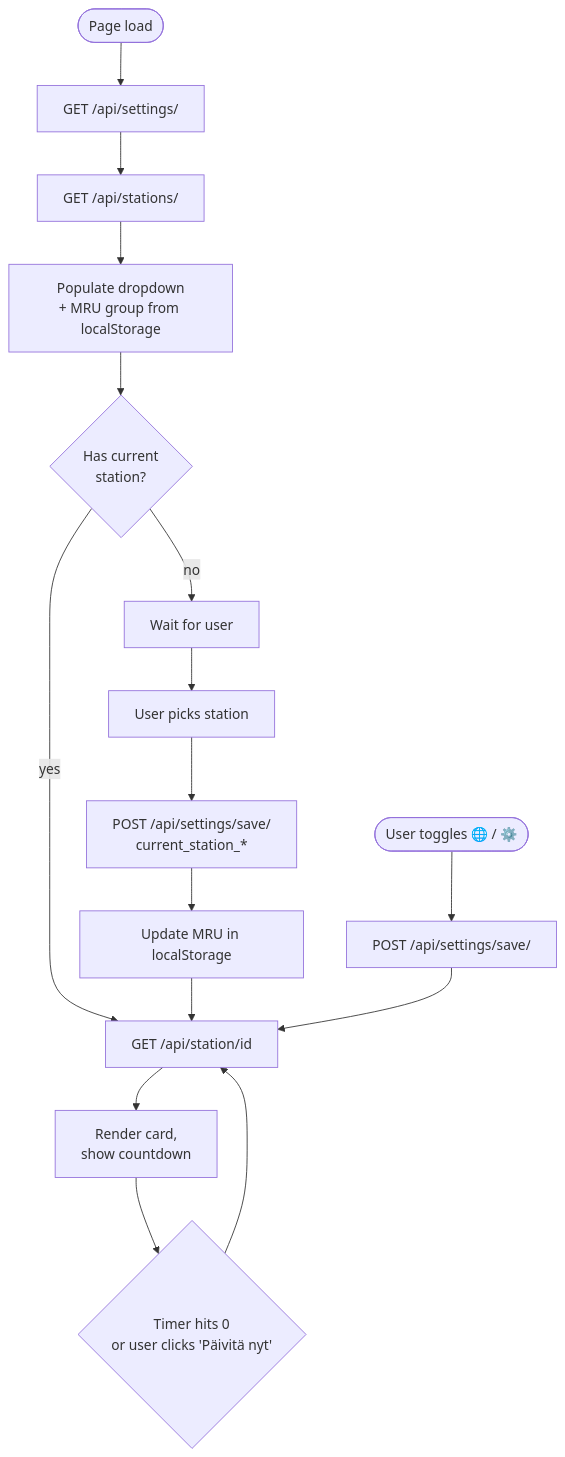
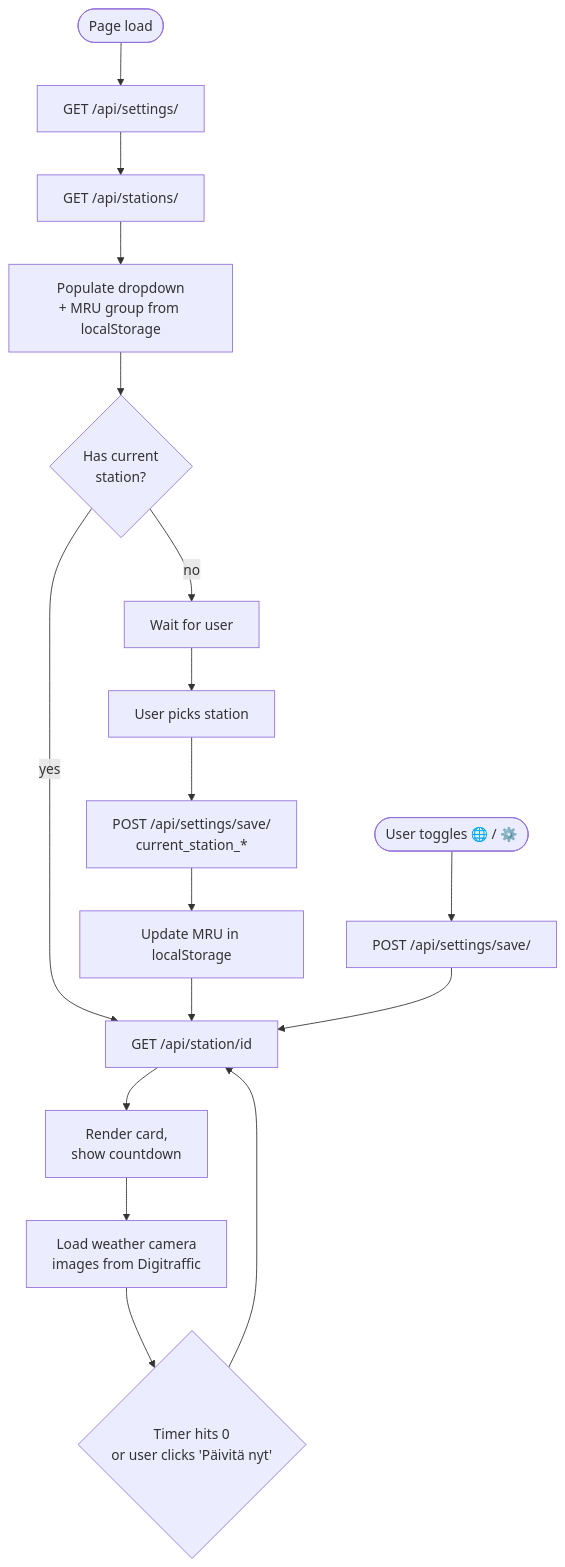
The ninth of 9 diagrams in docs/ARCHITECTURE.md (jjankkil/weatherview-django), drawn with Mermaid before and after one commit. The commit also changed other lines of this file and 2 other files, not shown here.

````diff
--- a/docs/ARCHITECTURE.md
+++ b/docs/ARCHITECTURE.md
@@ -324,18 +373,19 @@
 ```mermaid
 flowchart TD
     A([Page load]) --> B[GET /api/settings/]
     B --> C[GET /api/stations/]
     C --> D[Populate dropdown<br/>+ MRU group from localStorage]
     D --> E{Has current<br/>station?}
     E -->|yes| F[GET /api/station/id]
     E -->|no| G[Wait for user]
     F --> H[Render card,<br/>show countdown]
-    H --> I{Timer hits 0<br/>or user clicks 'Päivitä nyt'}
-    I --> F
-    G --> J[User picks station]
-    J --> K[POST /api/settings/save/<br/>current_station_*]
-    K --> L[Update MRU in localStorage]
-    L --> F
-    M([User toggles 🌐 / ⚙️]) --> N[POST /api/settings/save/]
-    N --> F
+    H --> I[Load weather camera<br/>images from Digitraffic]
+    I --> J{Timer hits 0<br/>or user clicks 'Päivitä nyt'}
+    J --> F
+    G --> K[User picks station]
+    K --> L[POST /api/settings/save/<br/>current_station_*]
+    L --> M[Update MRU in localStorage]
+    M --> F
+    N([User toggles 🌐 / ⚙️]) --> O[POST /api/settings/save/]
+    O --> F
 ```
````
